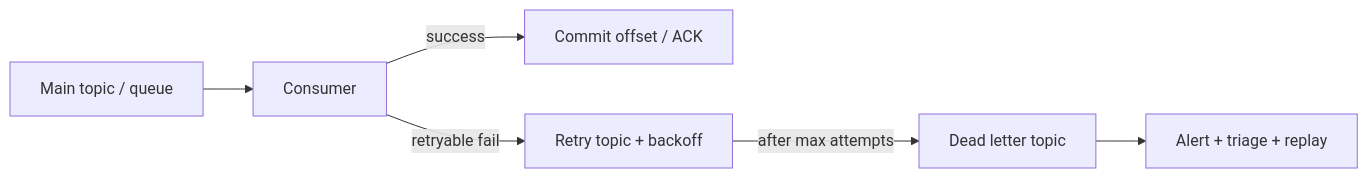
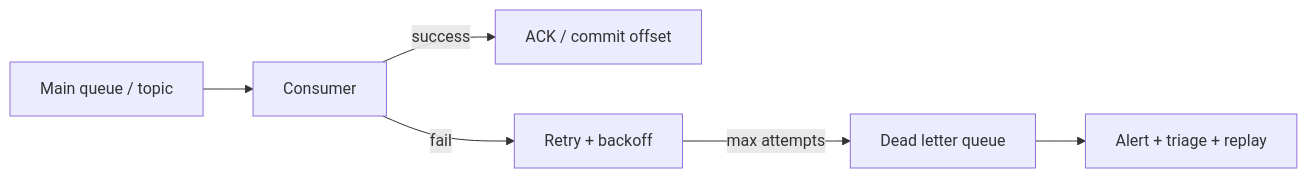
Diagram 18 of 28 in 06-messaging-and-events/README.md (hareramcse/SystemDesign), drawn with Mermaid before and after one commit. The commit also changed other lines of this file, not shown here.

````diff
--- a/06-messaging-and-events/README.md
+++ b/06-messaging-and-events/README.md
@@ -1060,8 +3235,8 @@
 ```mermaid
 flowchart LR
-    Main[Main topic / queue] --> Consumer
-    Consumer -->|success| Done[Commit offset / ACK]
-    Consumer -->|retryable fail| Retry[Retry topic + backoff]
-    Retry -->|after max attempts| DLQ[Dead letter topic]
+    Main[Main queue / topic] --> Consumer
+    Consumer -->|success| Done[ACK / commit offset]
+    Consumer -->|fail| Retry[Retry + backoff]
+    Retry -->|max attempts| DLQ[Dead letter queue]
     DLQ --> Ops[Alert + triage + replay]
 ```
````
